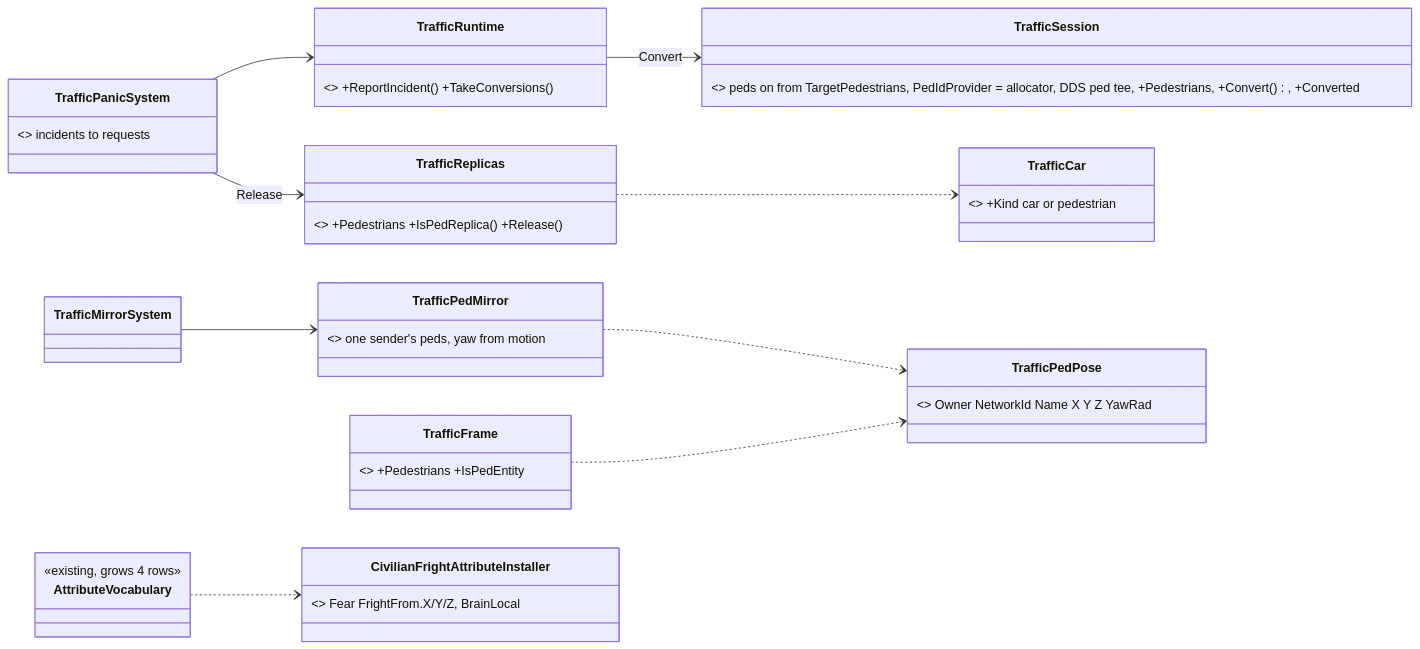
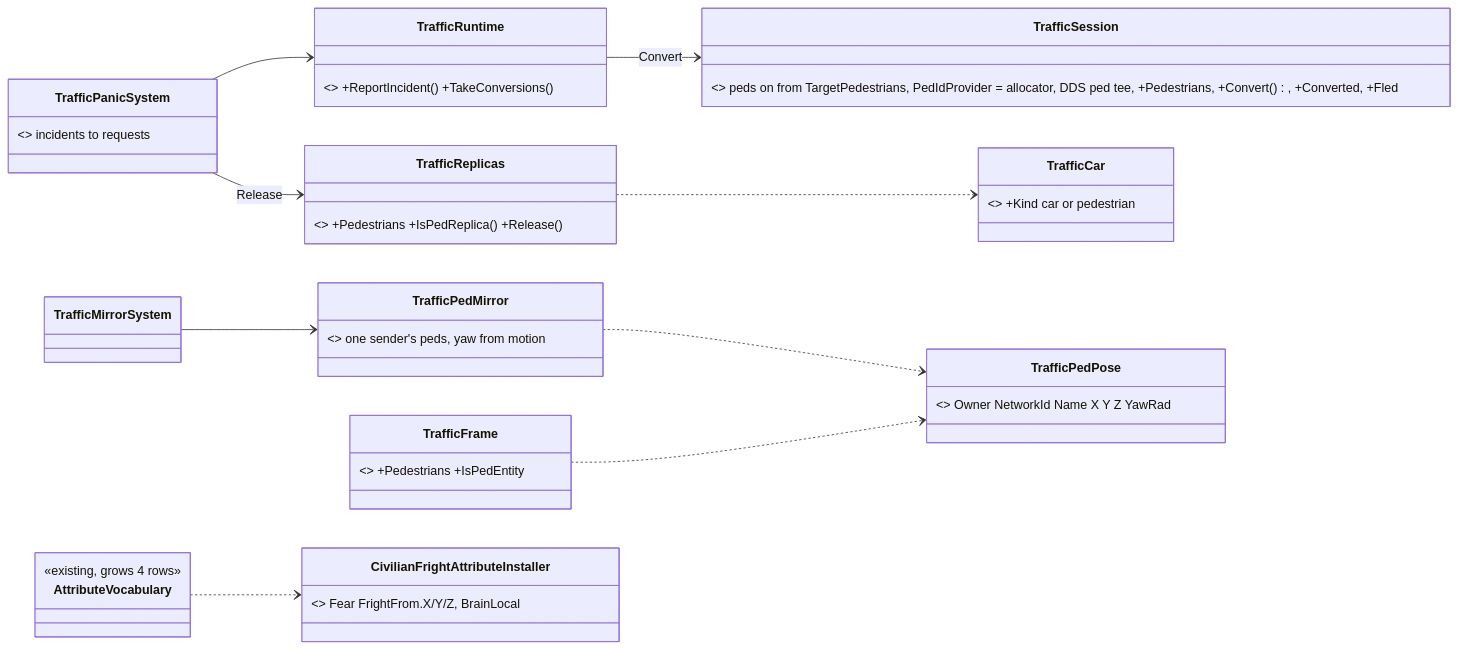
One commit to pjanec/HROT changed diagram 24 of 24 in docs/blueprints/Architect_Question_93_Sumo_Traffic_Node.md. Above: the diagram before and after it, drawn with Mermaid. The commit also changed other lines of this file and 9 other files, not shown here.

````diff
--- a/docs/blueprints/Architect_Question_93_Sumo_Traffic_Node.md
+++ b/docs/blueprints/Architect_Question_93_Sumo_Traffic_Node.md
@@ -1306,22 +1308,22 @@
 ```mermaid
 classDiagram
   direction LR
-  class TrafficSession { <<grown>> peds on from TargetPedestrians, PedIdProvider = allocator, DDS ped tee, +Pedestrians, +Convert(), +Converted }
+  class TrafficSession { <<grown>> peds on from TargetPedestrians, PedIdProvider = allocator, DDS ped tee, +Pedestrians, +Convert(), +Converted, +Fled }
   class TrafficRuntime { <<grown>> +ReportIncident() +TakeConversions() }
   class TrafficPanicSystem { <<NEW>> incidents to requests }
   class TrafficPedMirror { <<NEW>> one sender's peds, yaw from motion }
   class TrafficPedPose { <<NEW record>> Owner NetworkId Name X Y Z YawRad }
   class TrafficReplicas { <<grown>> +Pedestrians +IsPedReplica() +Release() }
   class TrafficFrame { <<grown>> +Pedestrians +IsPedEntity }
   class TrafficCar { <<grown>> +Kind car or pedestrian }
   class CivilianFrightAttributeInstaller { <<NEW, FDP>> Fear FrightFrom.X/Y/Z, BrainLocal }
   class AttributeVocabulary { <<existing, grows 4 rows>> }
   TrafficPanicSystem --> TrafficRuntime
   TrafficPanicSystem --> TrafficReplicas : Release
   TrafficRuntime --> TrafficSession : Convert
   TrafficMirrorSystem --> TrafficPedMirror
   TrafficPedMirror ..> TrafficPedPose
   TrafficReplicas ..> TrafficCar
   TrafficFrame ..> TrafficPedPose
   AttributeVocabulary ..> CivilianFrightAttributeInstaller
 ```
````
